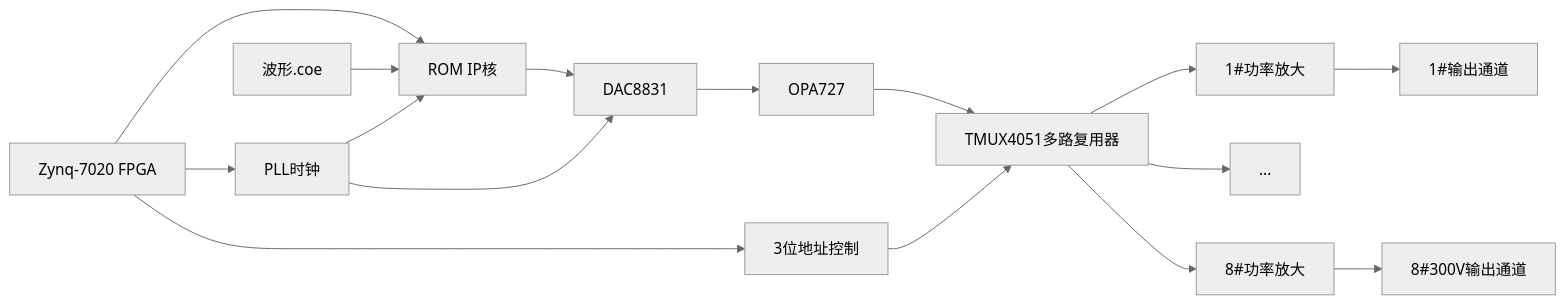
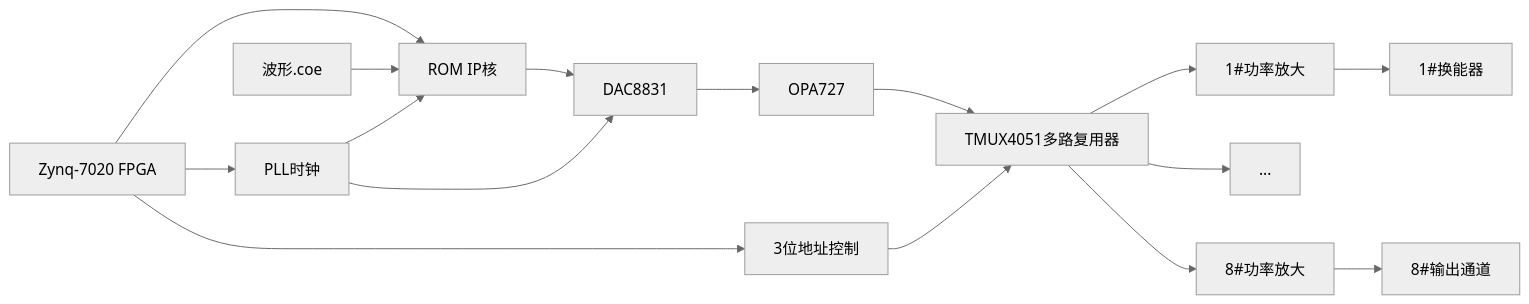
Before and after one commit to Rukawa15/iodraw-files: the diagram in all/信号发生.md, drawn with Mermaid (neutral theme).

Commit message:
2025-06-19 14:24:17 update

````diff
--- a/all/信号发生.md
+++ b/all/信号发生.md
@@ -1,13 +1,13 @@
 ```mermaid
 graph LR
 A[Zynq-7020 FPGA] --> C[ROM IP核]
 L[波形.coe] --> C 
 A --> B[PLL时钟] --> C
 C --> D[DAC8831] 
 B --> D[DAC8831] 
 D --> E[OPA727] --> F[TMUX4051多路复用器]
-F --> H1[1#功率放大] --> I1[1#输出通道]
+F --> H1[1#功率放大] --> I1[1#换能器]
 F --> ...
-F --> H8[8#功率放大] --> I8[8#300V输出通道]
+F --> H8[8#功率放大] --> I8[8#输出通道]
 A --> G[3位地址控制] --> F
 ```
````
